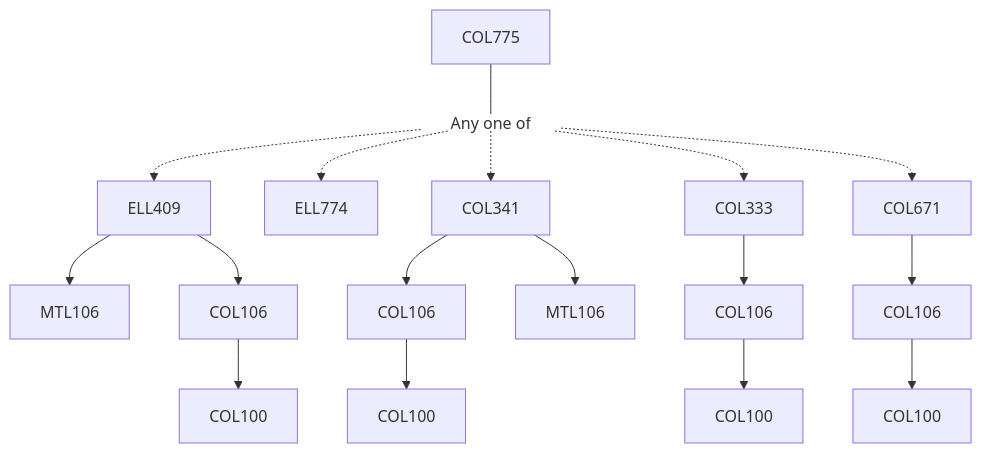
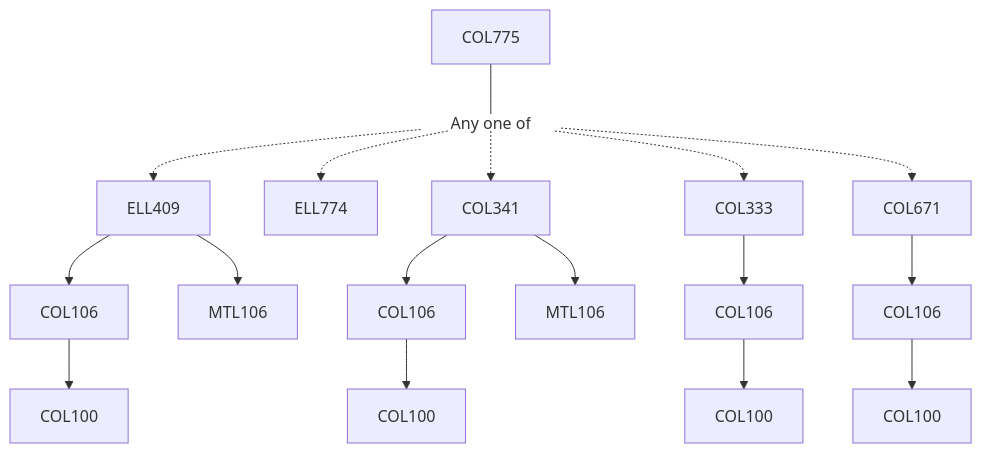
Before and after one commit to KeshavBansal0122/CoS_Website: the diagram in content/Computer Science and Engineering/COL775.md, drawn with Mermaid. The commit also changed other lines of this file and 2662 other files, not shown here.

````diff
--- a/content/Computer Science and Engineering/COL775.md
+++ b/content/Computer Science and Engineering/COL775.md
@@ -15,23 +15,23 @@
 ```mermaid
 flowchart TD
 COL775-1311[COL775]
 COL775-1311 --- Or1312[Any one of]:::empty
 Or1312 -.-> ELL409-1313[ELL409]
+COL106-1313 --> COL100-1313[COL100]
 ELL409-1313 --> MTL106-1313[MTL106]
 ELL409-1313 --> COL106-1313[COL106]
-COL106-1313 --> COL100-1313[COL100]
 Or1312 -.-> ELL774-1314[ELL774]
+COL106-1315 --> COL100-1315[COL100]
+COL341-1315 --> COL106-1315[COL106]
 Or1312 -.-> COL341-1315[COL341]
-COL341-1315 --> COL106-1315[COL106]
 COL341-1315 --> MTL106-1315[MTL106]
-COL106-1315 --> COL100-1315[COL100]
+Or1312 -.-> COL333-1316[COL333]
 COL106-1316 --> COL100-1316[COL100]
-Or1312 -.-> COL333-1316[COL333]
 COL333-1316 --> COL106-1316[COL106]
+COL671-1317 --> COL106-1317[COL106]
 Or1312 -.-> COL671-1317[COL671]
-COL671-1317 --> COL106-1317[COL106]
 COL106-1317 --> COL100-1317[COL100]
 
 classDef empty height:17px, fill:transparent, stroke:transparent;
 classDef trueEmpty height:0px, width:0px;
 ```
````
